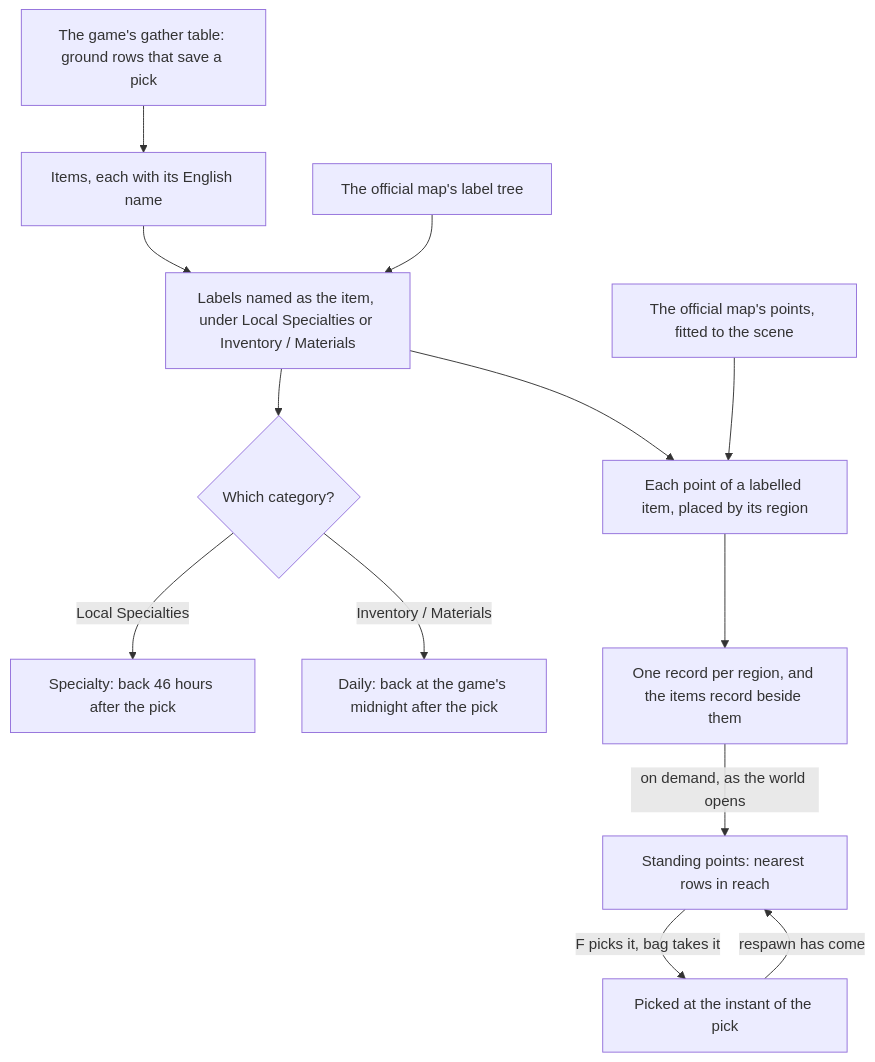
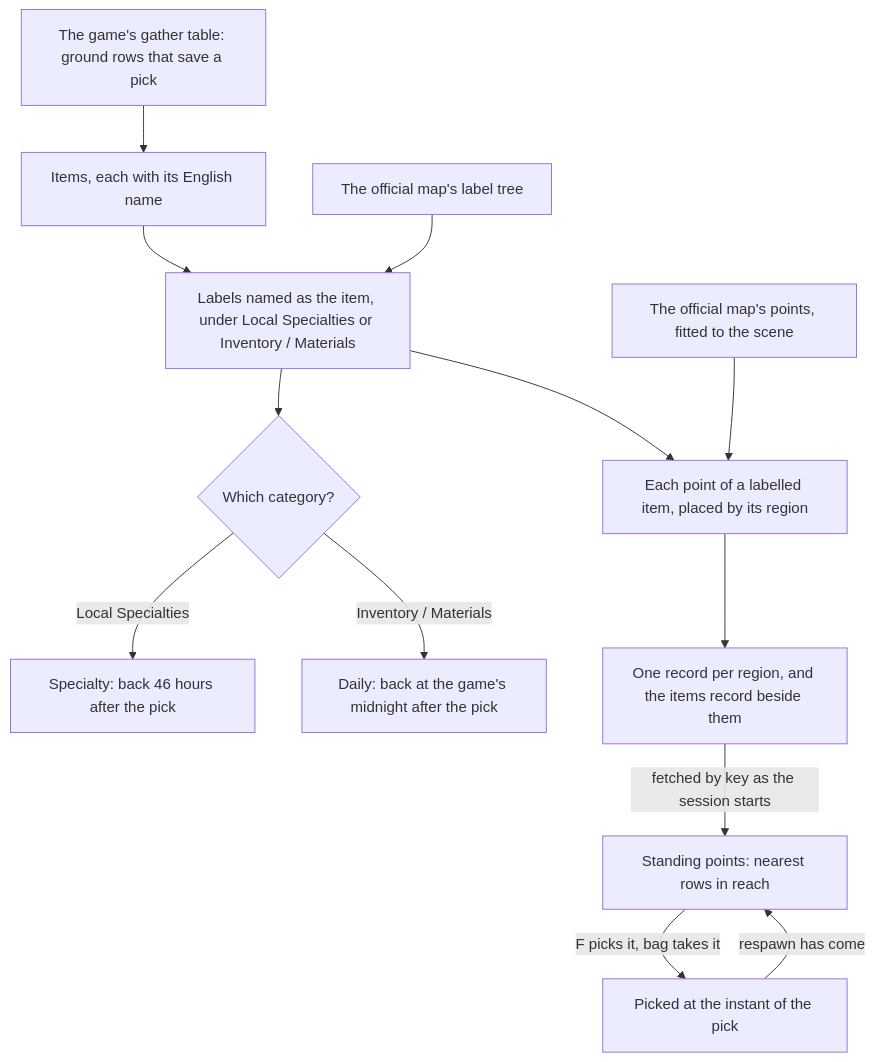
The diagram in apps/web/content/docs/genshin/gathering.md (Esposter/Esposter), drawn with Mermaid before and after one commit. The commit also changed other lines of this file and 65 other files, not shown here.

````diff
--- a/apps/web/content/docs/genshin/gathering.md
+++ b/apps/web/content/docs/genshin/gathering.md
@@ -12,15 +12,15 @@
 ```mermaid
 flowchart TD
   G["The game's gather table: ground rows that save a pick"] --> I["Items, each with its English name"]
   M["The official map's label tree"] --> L["Labels named as the item, under Local Specialties or Inventory / Materials"]
   I --> L
   L --> C{"Which category?"}
   C -->|"Local Specialties"| S["Specialty: back 46 hours after the pick"]
   C -->|"Inventory / Materials"| D["Daily: back at the game's midnight after the pick"]
   P["The official map's points, fitted to the scene"] --> PL["Each point of a labelled item, placed by its region"]
   L --> PL
   PL --> SLICE["One record per region, and the items record beside them"]
-  SLICE -->|"on demand, as the world opens"| W["Standing points: nearest rows in reach"]
+  SLICE -->|"fetched by key as the session starts"| W["Standing points: nearest rows in reach"]
   W -->|"F picks it, bag takes it"| PK["Picked at the instant of the pick"]
   PK -->|"respawn has come"| W
 ```
````
